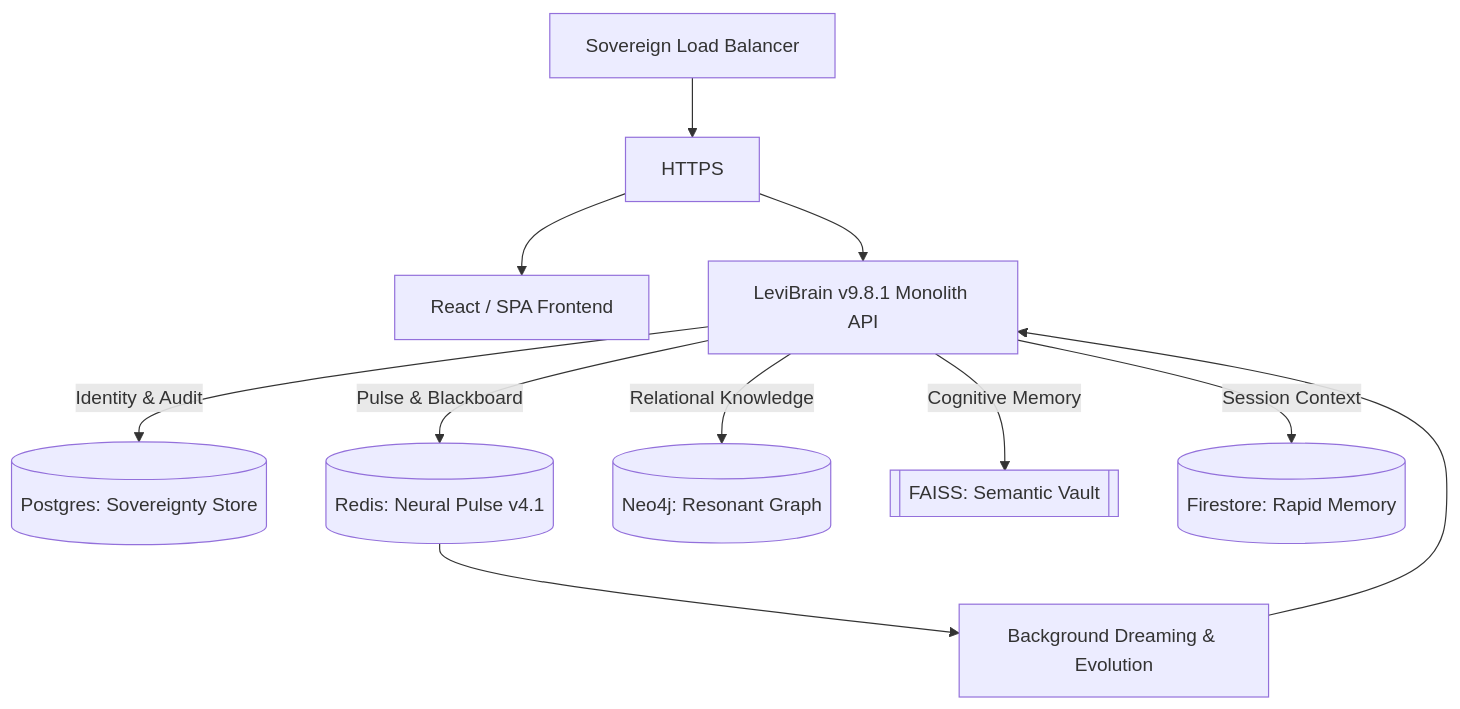
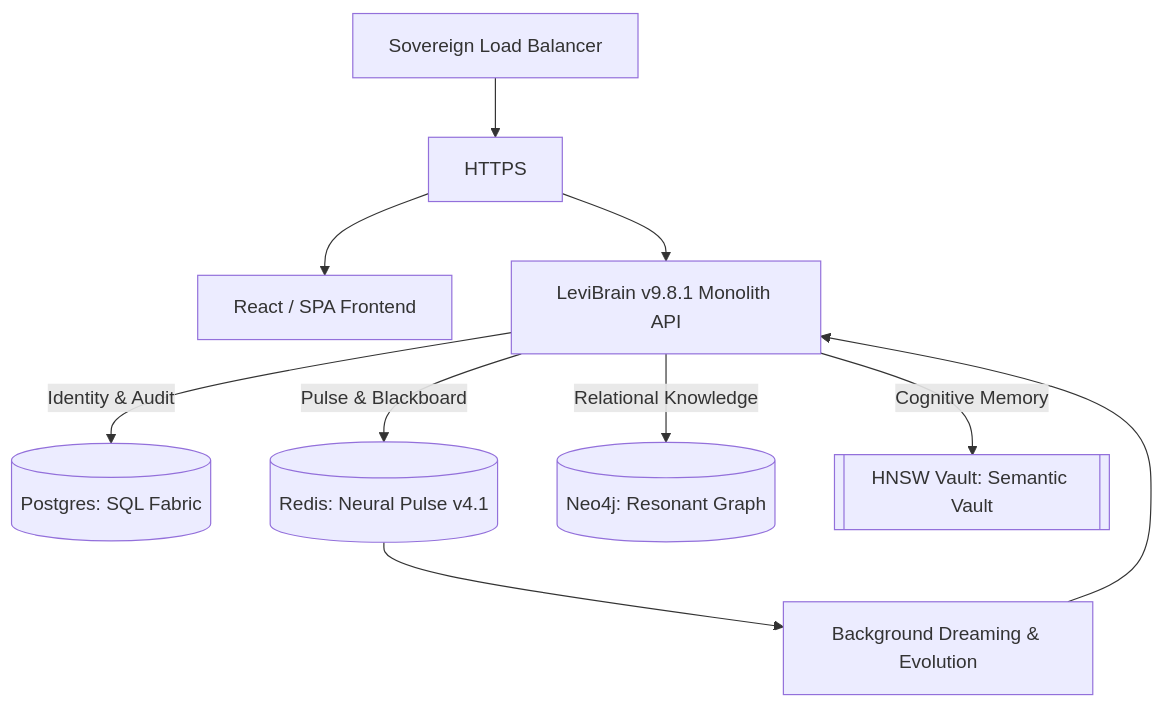
Before and after one commit to Blackdrg/levi-ai-innovate: the diagram in docs/DEPLOYMENT.md, drawn with Mermaid. The commit also changed 112 other files, not shown here.

````diff
--- a/docs/DEPLOYMENT.md
+++ b/docs/DEPLOYMENT.md
@@ -13,17 +13,16 @@
 ```mermaid
 graph TD
     LB[Sovereign Load Balancer] --> HTTPS
     HTTPS --> Web[React / SPA Frontend]
     HTTPS --> V8[LeviBrain v9.8.1 Monolith API]
     
     %% Service Fabric
-    V8 -->|Identity & Audit| Postgres[(Postgres: Sovereignty Store)]
+    V8 -->|Identity & Audit| Postgres[(Postgres: SQL Fabric)]
     V8 -->|Pulse & Blackboard| Redis[(Redis: Neural Pulse v4.1)]
     V8 -->|Relational Knowledge| Neo4j[(Neo4j: Resonant Graph)]
-    V8 -->|Cognitive Memory| FAISS[[FAISS: Semantic Vault]]
-    V8 -->|Session Context| Firestore[(Firestore: Rapid Memory)]
+    V8 -->|Cognitive Memory| FAISS[[HNSW Vault: Semantic Vault]]
     
     %% Async Loops
     Redis --> Worker[Background Dreaming & Evolution]
     Worker --> V8
 ```
````
